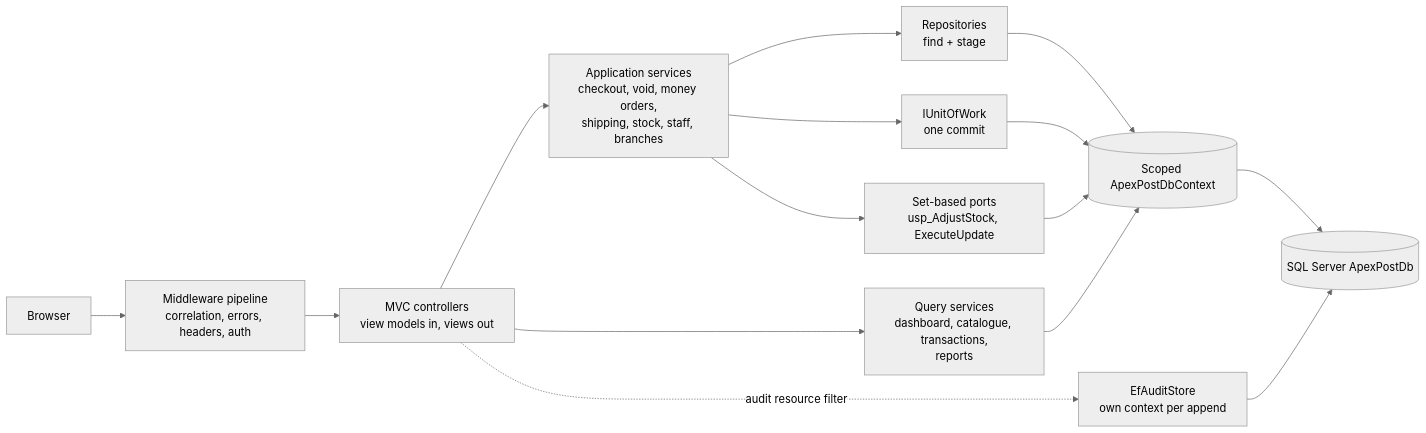
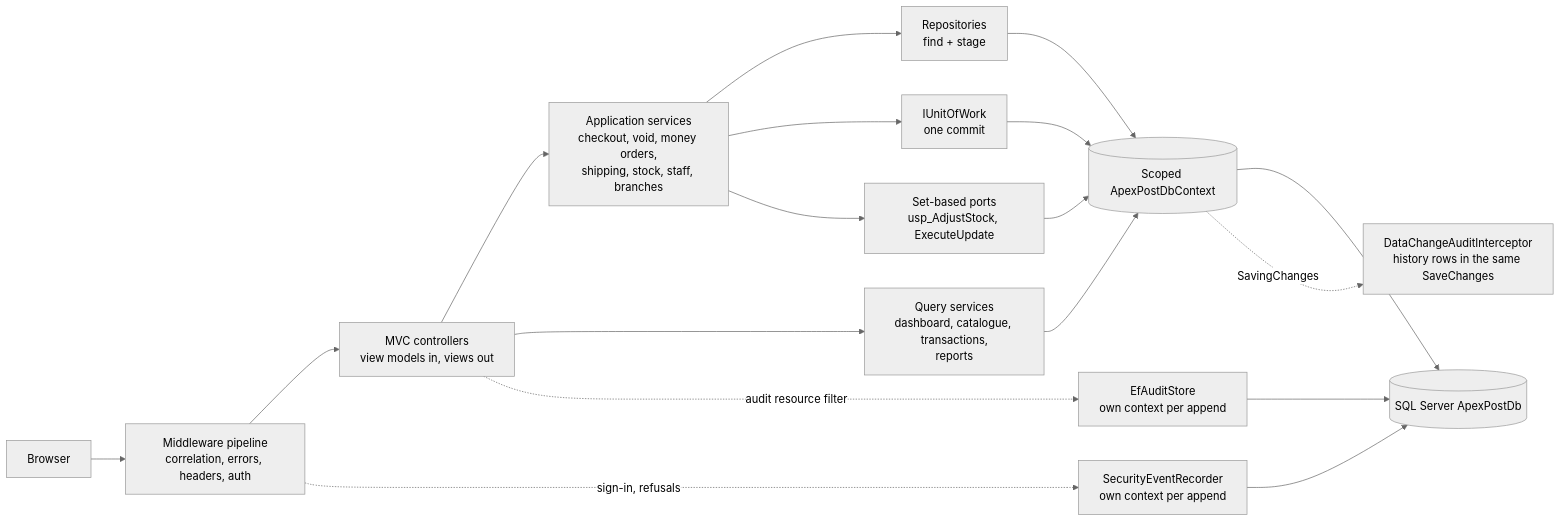
One commit to NarendraDappili/ApexPostLogisticsRepo changed the second of 7 diagrams in DESIGN.md. Above: the diagram before and after it, drawn with Mermaid (neutral theme). The commit also changed other lines of this file and 12 other files, not shown here.

````diff
--- a/DESIGN.md
+++ b/DESIGN.md
@@ -52,16 +52,18 @@
 ```mermaid
 flowchart LR
     Browser --> Pipeline[Middleware pipeline<br/>correlation, errors, headers, auth]
     Pipeline --> Controllers[MVC controllers<br/>view models in, views out]
     Controllers --> Commands[Application services<br/>checkout, void, money orders,<br/>shipping, stock, staff, branches]
     Controllers --> Queries[Query services<br/>dashboard, catalogue, transactions,<br/>reports]
     Commands --> Repos[Repositories<br/>find + stage]
     Commands --> UoW[IUnitOfWork<br/>one commit]
     Commands --> Ports[Set-based ports<br/>usp_AdjustStock, ExecuteUpdate]
     Repos --> Ctx[(Scoped ApexPostDbContext)]
     UoW --> Ctx
     Ports --> Ctx
     Queries --> Ctx
     Ctx --> Sql[(SQL Server ApexPostDb)]
     Controllers -. audit resource filter .-> Audit[EfAuditStore<br/>own context per append] --> Sql
+    Ctx -. SavingChanges .-> History[DataChangeAuditInterceptor<br/>history rows in the same SaveChanges]
+    Pipeline -. sign-in, refusals .-> Security[SecurityEventRecorder<br/>own context per append] --> Sql
 ```
````
